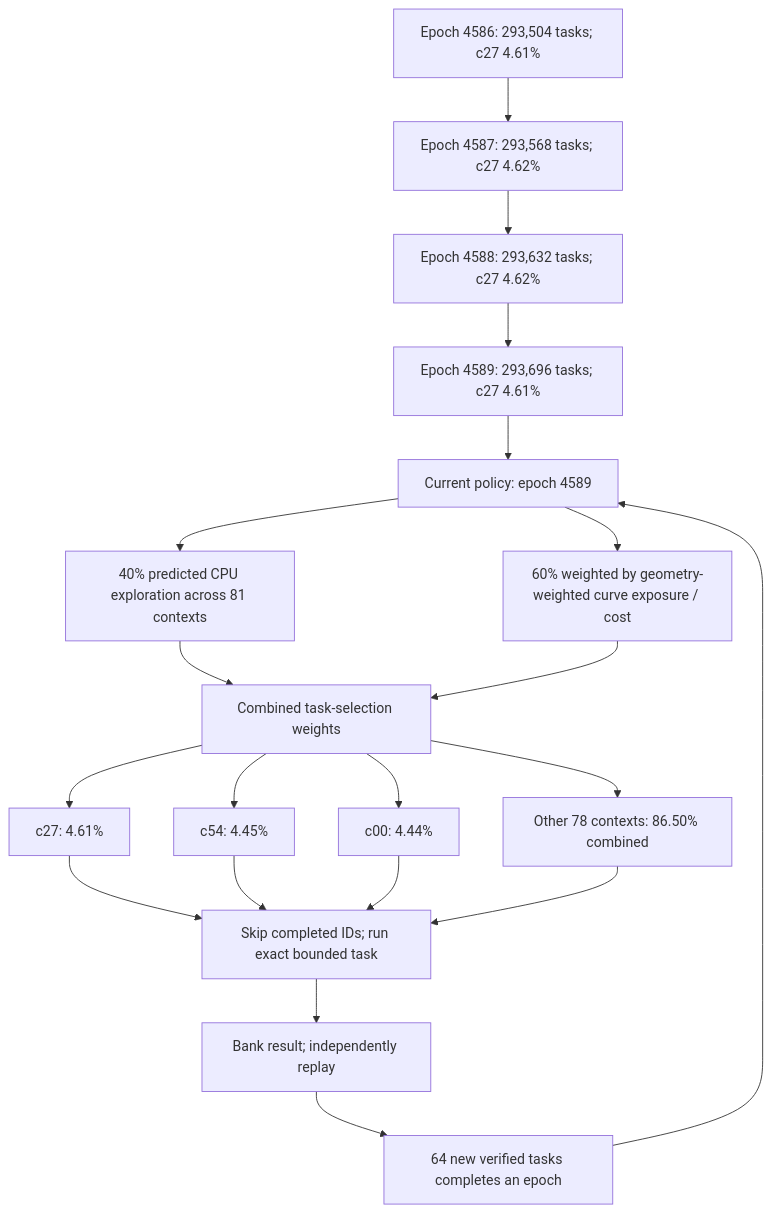
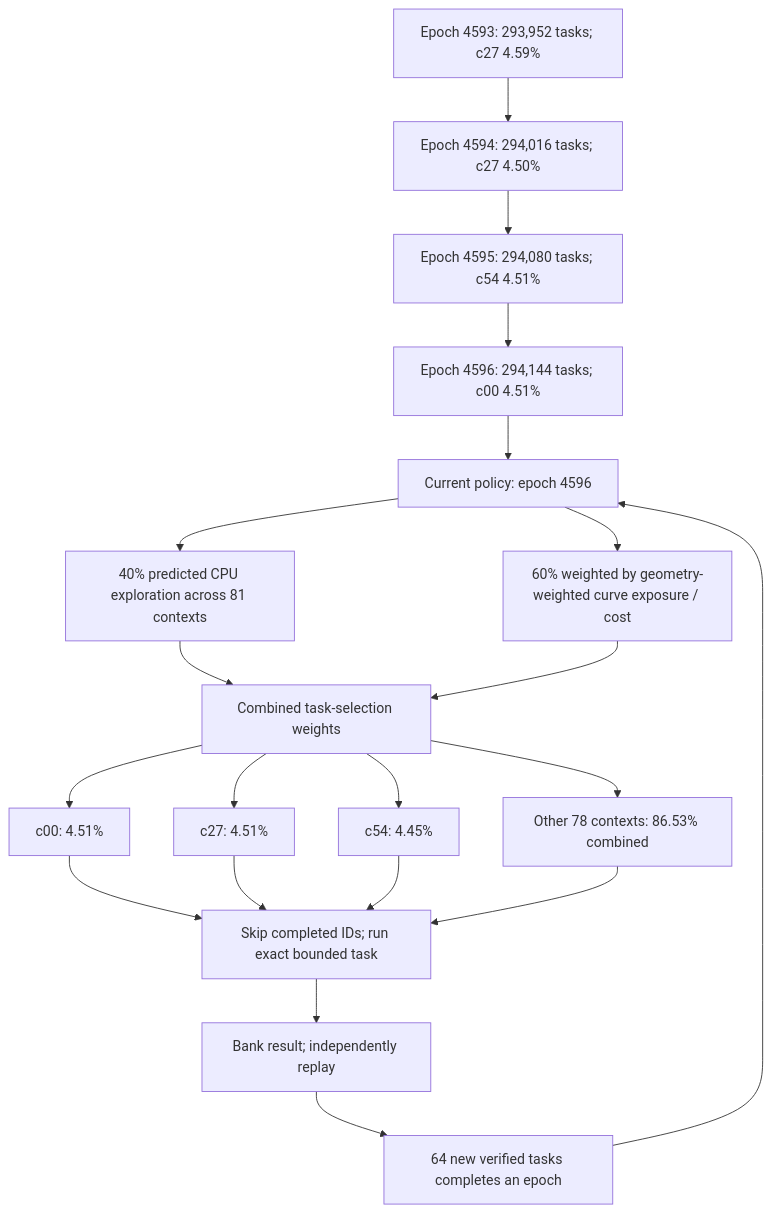
Before and after one commit to Kuberwastaken/math-gambling: the first of 3 diagrams in README.md, drawn with Mermaid. The commit also changed other lines of this file and 2574 other files, not shown here.

````diff
--- a/README.md
+++ b/README.md
@@ -60,27 +60,27 @@
 ```mermaid
 flowchart TD
-    H0["Epoch 4586: 293,504 tasks; c27 4.61%"]
-    H1["Epoch 4587: 293,568 tasks; c27 4.62%"]
+    H0["Epoch 4593: 293,952 tasks; c27 4.59%"]
+    H1["Epoch 4594: 294,016 tasks; c27 4.50%"]
     H0 --> H1
-    H2["Epoch 4588: 293,632 tasks; c27 4.62%"]
+    H2["Epoch 4595: 294,080 tasks; c54 4.51%"]
     H1 --> H2
-    H3["Epoch 4589: 293,696 tasks; c27 4.61%"]
+    H3["Epoch 4596: 294,144 tasks; c00 4.51%"]
     H2 --> H3
-    Policy["Current policy: epoch 4589"]
+    Policy["Current policy: epoch 4596"]
     H3 --> Policy
     Policy --> Explore["40% predicted CPU exploration across 81 contexts"]
     Policy --> Cost["60% weighted by geometry-weighted curve exposure / cost"]
     Explore --> Mix["Combined task-selection weights"]
     Cost --> Mix
-    Mix --> C0["c27: 4.61%"]
-    Mix --> C1["c54: 4.45%"]
-    Mix --> C2["c00: 4.44%"]
-    Mix --> Rest["Other 78 contexts: 86.50% combined"]
+    Mix --> C0["c00: 4.51%"]
+    Mix --> C1["c27: 4.51%"]
+    Mix --> C2["c54: 4.45%"]
+    Mix --> Rest["Other 78 contexts: 86.53% combined"]
     C0 --> Check["Skip completed IDs; run exact bounded task"]
     C1 --> Check
     C2 --> Check
     Rest --> Check
     Check --> Replay["Bank result; independently replay"]
     Replay --> Gate["64 new verified tasks completes an epoch"]
     Gate --> Policy
 ```
````
